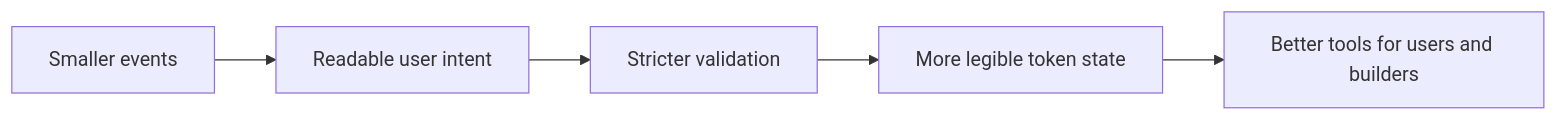
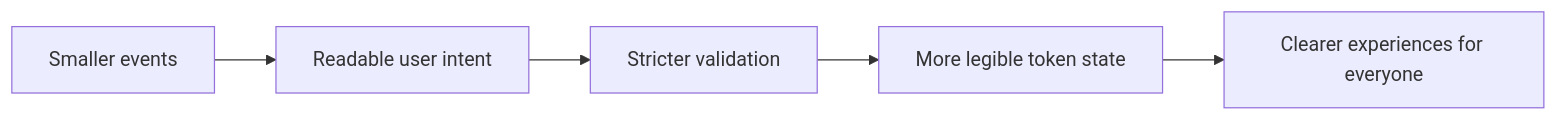
Before and after one commit to bitcoinuniverseio/op-drop: the fourth of 4 diagrams in docs/why-op-drop.md, drawn with Mermaid. The commit also changed other lines of this file and 12 other files, not shown here.

````diff
--- a/docs/why-op-drop.md
+++ b/docs/why-op-drop.md
@@ -131,7 +130,7 @@
 ```mermaid
 flowchart LR
   A[Smaller events] --> B[Readable user intent]
   B --> C[Stricter validation]
   C --> D[More legible token state]
-  D --> E[Better tools for users and builders]
+  D --> E[Clearer experiences for everyone]
 ```
````
